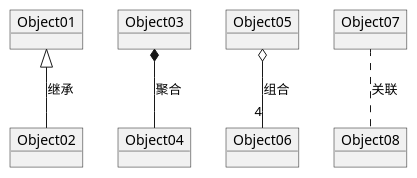
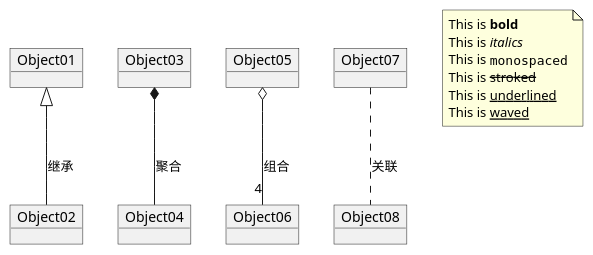
One commit to alliswell008/Alliswell changed the diagram in ToolsUsage/PlantUml/demo/object.puml. Above: the diagram before and after it, drawn with PlantUML. The commit also changed 149 other files, not shown here.

```diff
--- a/ToolsUsage/PlantUml/demo/object.puml
+++ b/ToolsUsage/PlantUml/demo/object.puml
@@ -1,14 +1,23 @@
 @startuml
 object Object01
 object Object02
 object Object03
 object Object04
 object Object05
 object Object06
 object Object07
 object Object08
 Object01 <|-- Object02 : 继承
 Object03 *-- Object04 : 聚合
 Object05 o-- "4" Object06 : 组合
 Object07 .. Object08 : 关联
+
+note as a
+This is **bold**
+This is //italics//
+This is ""monospaced""
+This is --stroked--
+This is __underlined__
+This is ~~waved~~
+end note
 @enduml
```
